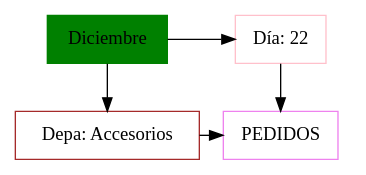
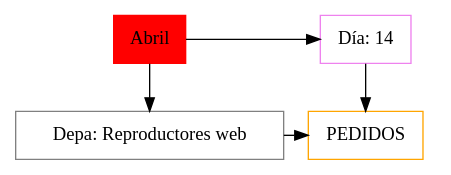
The diagram in cliente/src/ImagenMatriz/Matriz.dot (Daniel-Chicas/EDD_VirtualMall_201807079), drawn with Graphviz before and after one commit. The commit also changed 163 other files, not shown here.

```diff
--- a/cliente/src/ImagenMatriz/Matriz.dot
+++ b/cliente/src/ImagenMatriz/Matriz.dot
@@ -1,15 +1,15 @@
-digraph Daniel200612{
+digraph Daniel20214{
 node[shape=box];
-MT[label="Diciembre", style = filled, color=green, group = 1];
+MT[label="Abril", style = filled, color=red, group = 1];
 e0[shape = point, width = 0];
 e0[shape = point, width = 0];
-node0xc00030e1e0[color=brown, label="Depa: Accesorios", group = 1];
-MT->node0xc00030e1e0;
-node0xc00030e230[color=pink, label="Día: 22", group = 2];
-MT->node0xc00030e230;
-{rank = same;MT;node0xc00030e230;}
-node0xc00016f010[color=violet, label="PEDIDOS", group = 2];
-node0xc00030e230->node0xc00016f010;
-node0xc00030e1e0->node0xc00016f010;
-{rank = same;node0xc00030e1e0;node0xc00016f010;}
+node0xc0003976d0[color=gray, label="Depa: Reproductores web", group = 1];
+MT->node0xc0003976d0;
+node0xc000397720[color=violet, label="Día: 14", group = 2];
+MT->node0xc000397720;
+{rank = same;MT;node0xc000397720;}
+node0xc0003fb9c0[color=orange, label="PEDIDOS", group = 2];
+node0xc000397720->node0xc0003fb9c0;
+node0xc0003976d0->node0xc0003fb9c0;
+{rank = same;node0xc0003976d0;node0xc0003fb9c0;}
 }
```
